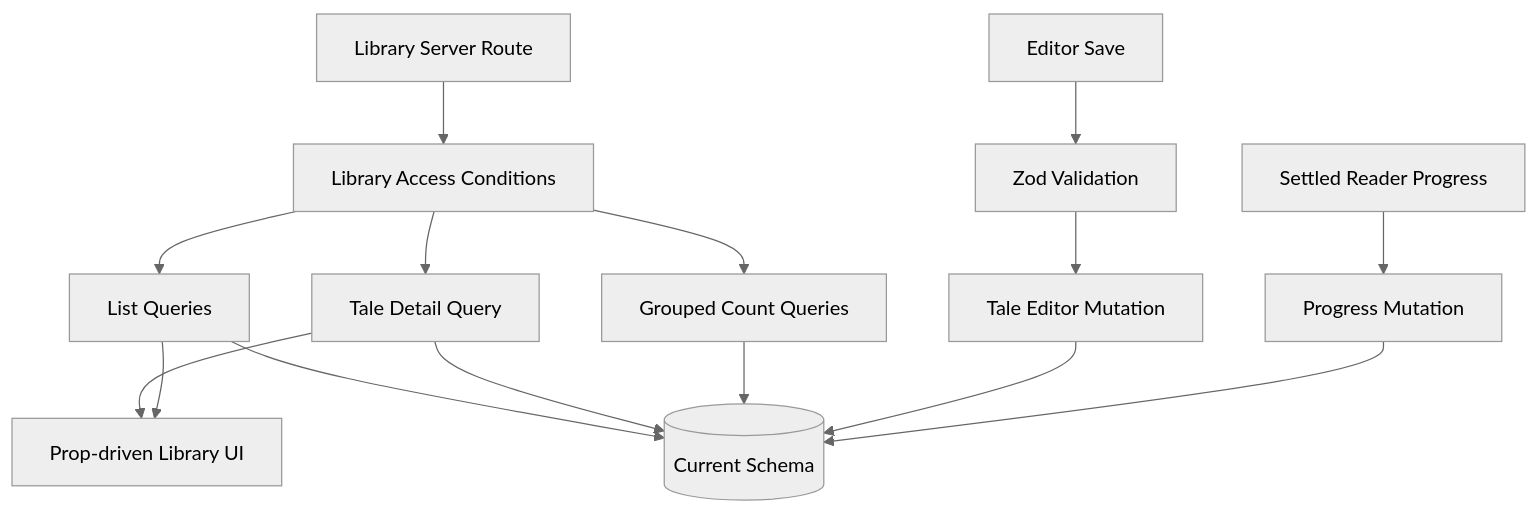
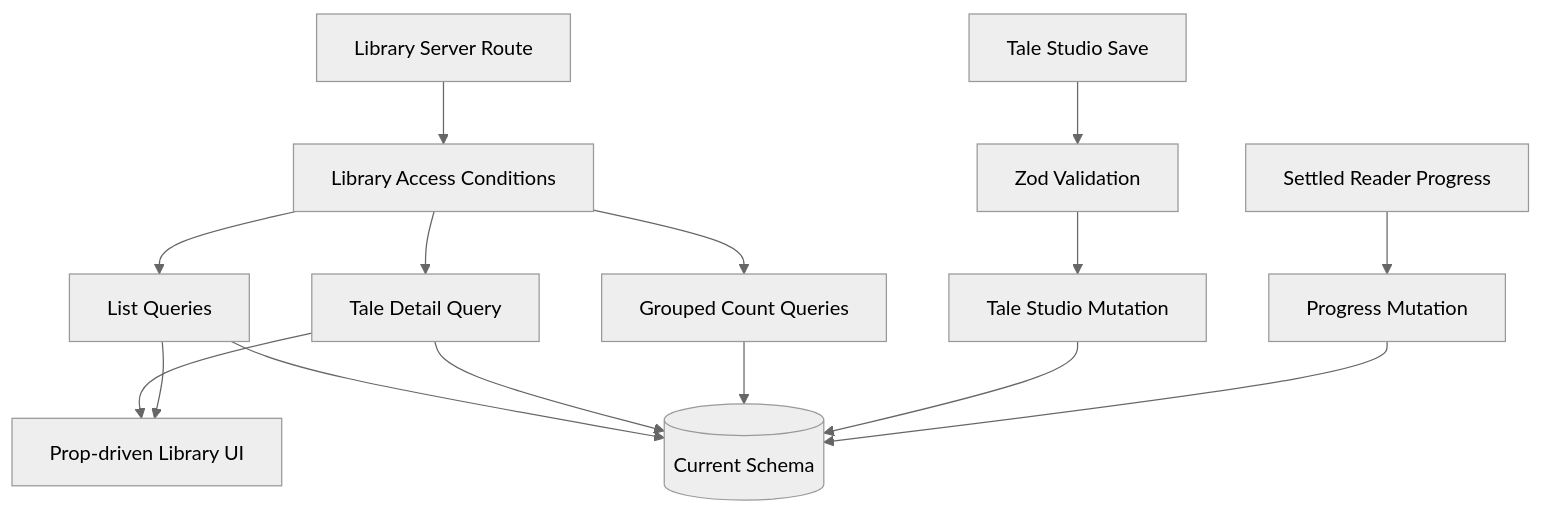
Before and after one commit to hexvictor/talescape: the sixth of 6 diagrams in docs/application-architecture.md, drawn with Mermaid (neutral theme). The commit also changed other lines of this file and 533 other files, not shown here.

````diff
--- a/docs/application-architecture.md
+++ b/docs/application-architecture.md
@@ -204,18 +215,18 @@
 ```mermaid
 flowchart TD
     LibraryRoute[Library Server Route] --> Access[Library Access Conditions]
     Access --> Lists[List Queries]
     Access --> Detail[Tale Detail Query]
     Access --> Counts[Grouped Count Queries]
     Lists --> Schema[(Current Schema)]
     Detail --> Schema
     Counts --> Schema
     Detail --> LibraryUI[Prop-driven Library UI]
     Lists --> LibraryUI
 
-    EditorSave[Editor Save] --> Validation[Zod Validation]
-    Validation --> EditorMutation[Tale Editor Mutation]
-    EditorMutation --> Schema
+    StudioSave[Tale Studio Save] --> Validation[Zod Validation]
+    Validation --> StudioMutation[Tale Studio Mutation]
+    StudioMutation --> Schema
     ReaderProgress[Settled Reader Progress] --> ProgressMutation[Progress Mutation]
     ProgressMutation --> Schema
 ```
````
